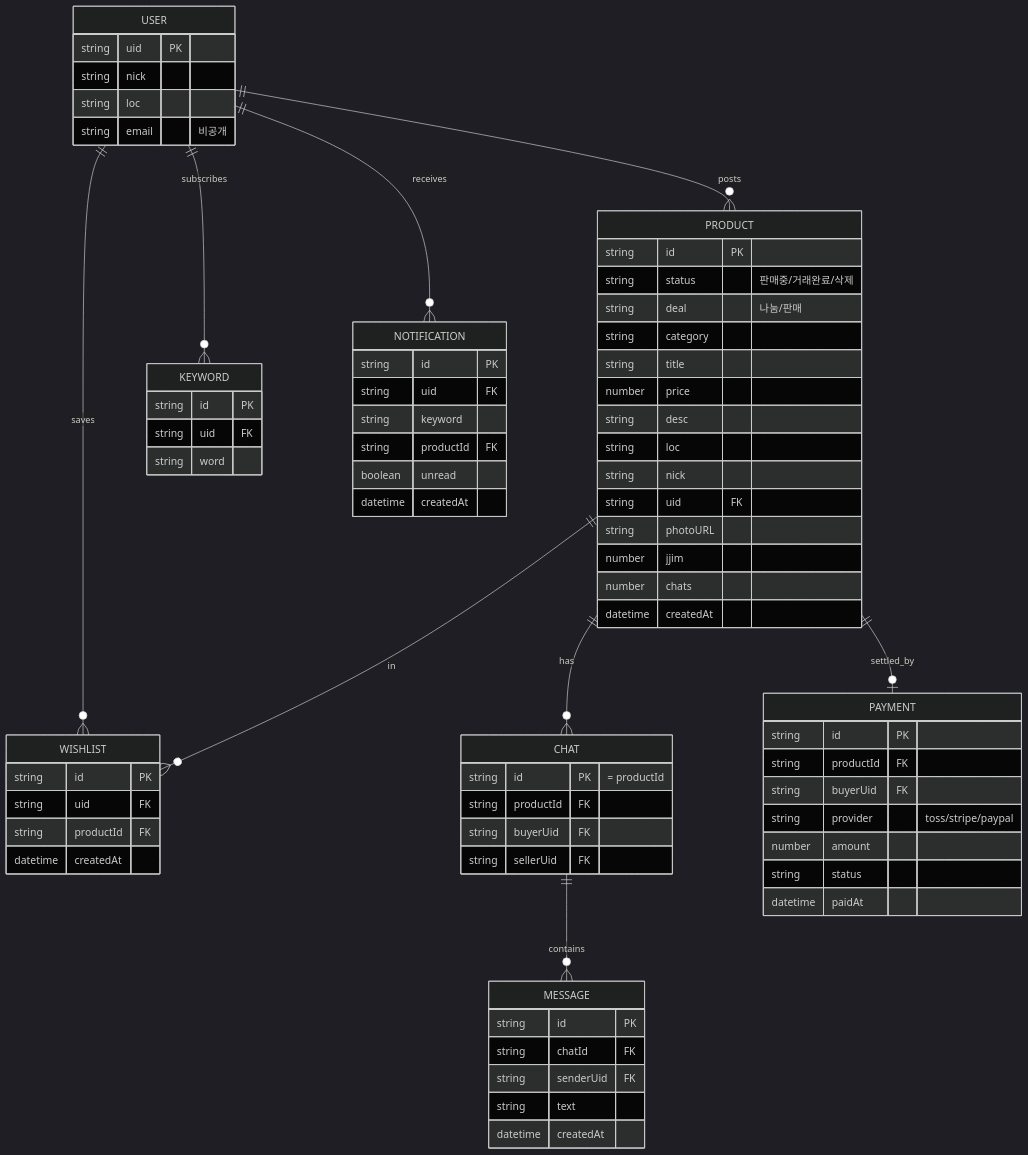
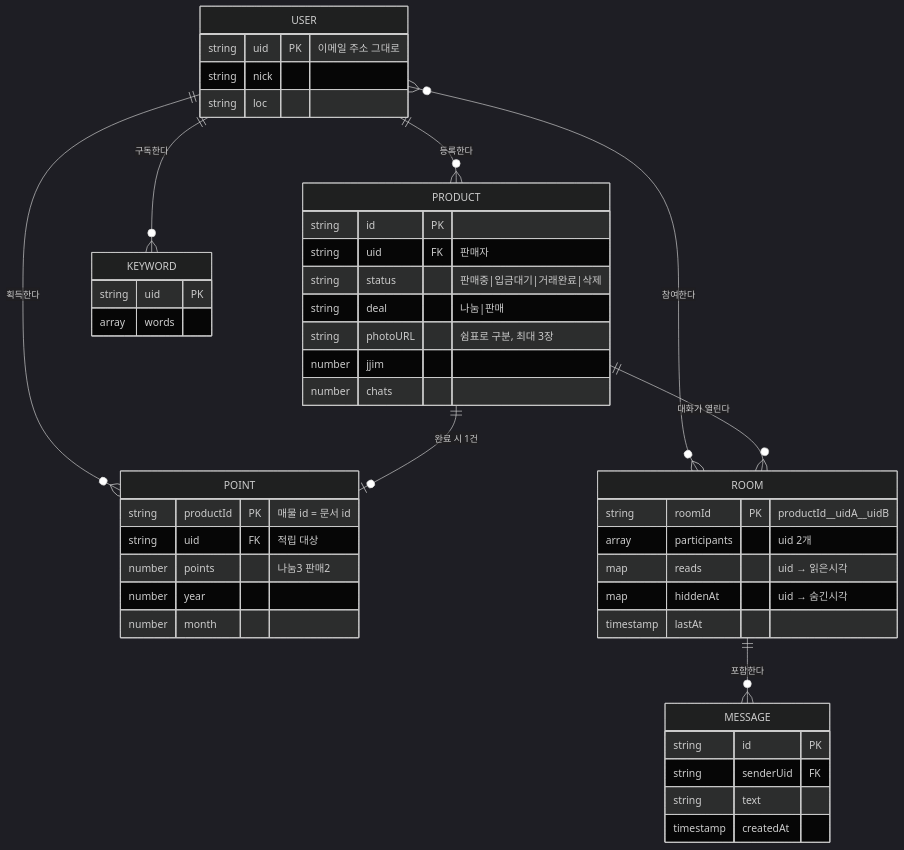
The diagram in 04_ERD.md (herwoojin/52gmarket), drawn with Mermaid (dark theme) before and after one commit. The commit also changed other lines of this file and 3 other files, not shown here.

First line of the commit message:
docs: PRD·TRD·ERD·재현 프롬프트를 현재 아키텍처로 전면 갱신

````diff
--- a/04_ERD.md
+++ b/04_ERD.md
@@ -10,75 +10,49 @@
 ```mermaid
 erDiagram
-  USER ||--o{ PRODUCT : posts
-  USER ||--o{ WISHLIST : saves
-  USER ||--o{ KEYWORD : subscribes
-  USER ||--o{ NOTIFICATION : receives
-  PRODUCT ||--o{ WISHLIST : in
-  PRODUCT ||--o{ CHAT : has
-  CHAT ||--o{ MESSAGE : contains
-  PRODUCT ||--o| PAYMENT : settled_by
+    USER ||--o{ PRODUCT : "등록한다"
+    USER ||--o{ POINT : "획득한다"
+    USER ||--o{ KEYWORD : "구독한다"
+    USER }o--o{ ROOM : "참여한다"
+    PRODUCT ||--o{ ROOM : "대화가 열린다"
+    PRODUCT ||--o| POINT : "완료 시 1건"
+    ROOM ||--o{ MESSAGE : "포함한다"
 
-  USER {
-    string uid PK
-    string nick
-    string loc
-    string email "비공개"
-  }
-  PRODUCT {
-    string id PK
-    string status "판매중/거래완료/삭제"
-    string deal "나눔/판매"
-    string category
-    string title
-    number price
-    string desc
-    string loc
-    string nick
-    string uid FK
-    string photoURL
-    number jjim
-    number chats
-    datetime createdAt
-  }
-  WISHLIST {
-    string id PK
-    string uid FK
-    string productId FK
-    datetime createdAt
-  }
-  KEYWORD {
-    string id PK
-    string uid FK
-    string word
-  }
-  NOTIFICATION {
-    string id PK
-    string uid FK
-    string keyword
-    string productId FK
-    boolean unread
-    datetime createdAt
-  }
-  CHAT {
-    string id PK "= productId"
-    string productId FK
-    string buyerUid FK
-    string sellerUid FK
-  }
-  MESSAGE {
-    string id PK
-    string chatId FK
-    string senderUid FK
-    string text
-    datetime createdAt
-  }
-  PAYMENT {
-    string id PK
-    string productId FK
-    string buyerUid FK
-    string provider "toss/stripe/paypal"
-    number amount
-    string status
-    datetime paidAt
-  }
+    USER {
+        string uid PK "이메일 주소 그대로"
+        string nick
+        string loc
+    }
+    PRODUCT {
+        string id PK
+        string uid FK "판매자"
+        string status "판매중|입금대기|거래완료|삭제"
+        string deal "나눔|판매"
+        string photoURL "쉼표로 구분, 최대 3장"
+        number jjim
+        number chats
+    }
+    ROOM {
+        string roomId PK "productId__uidA__uidB"
+        array participants "uid 2개"
+        map reads "uid → 읽은시각"
+        map hiddenAt "uid → 숨긴시각"
+        timestamp lastAt
+    }
+    MESSAGE {
+        string id PK
+        string senderUid FK
+        string text
+        timestamp createdAt
+    }
+    POINT {
+        string productId PK "매물 id = 문서 id"
+        string uid FK "적립 대상"
+        number points "나눔3 판매2"
+        number year
+        number month
+    }
+    KEYWORD {
+        string uid PK
+        array words
+    }
 ```
````
